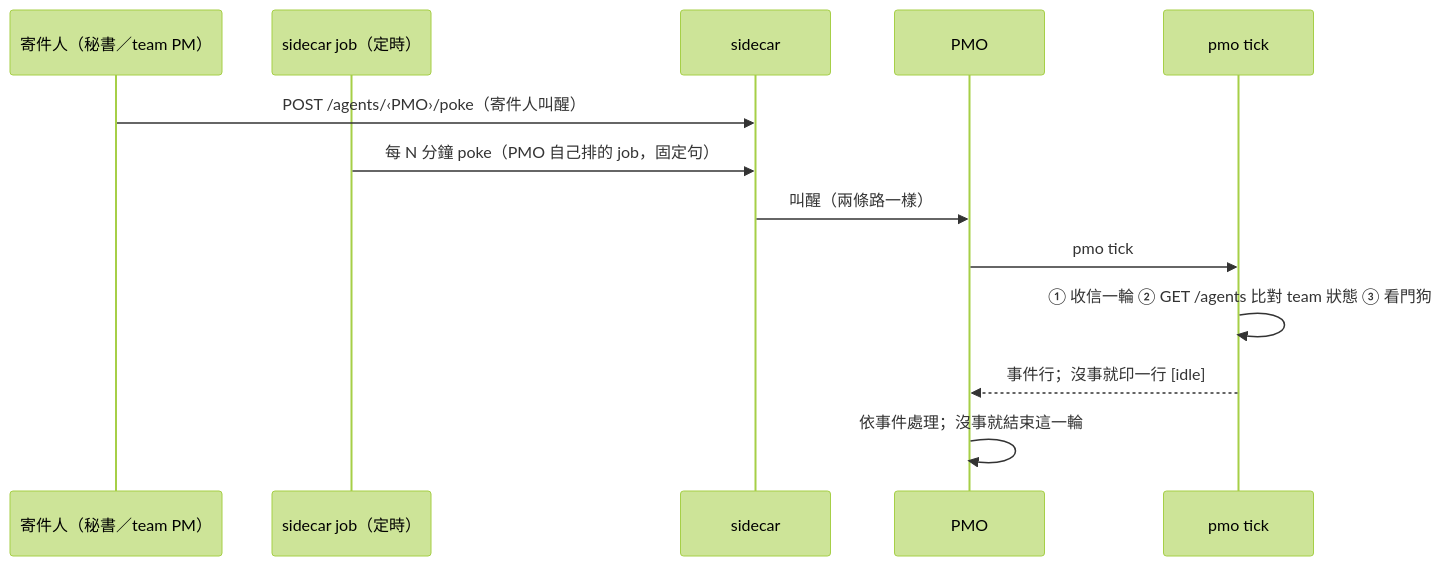
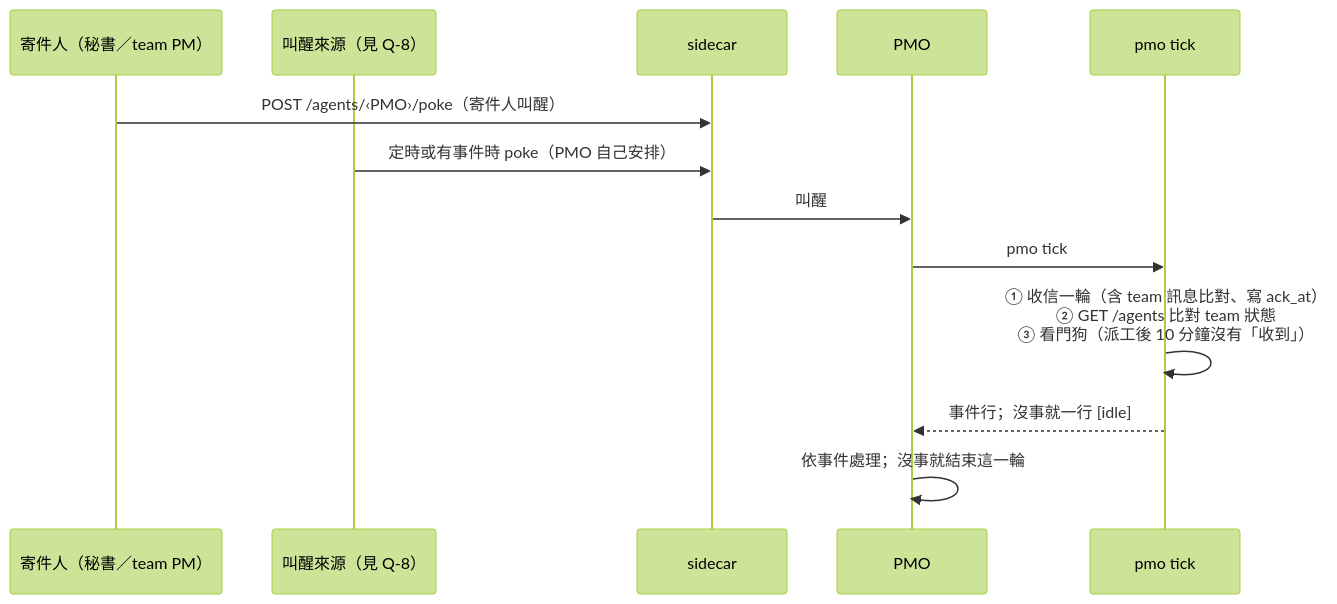
The third of 5 diagrams in docs/design-notes/110-pmo-skill.md (FATESAIKOU/MyAiStorage), drawn with Mermaid (forest theme) before and after one commit. The commit also changed other lines of this file and 2 other files, not shown here.

````diff
--- a/docs/design-notes/110-pmo-skill.md
+++ b/docs/design-notes/110-pmo-skill.md
@@ -118,15 +138,15 @@
 ```mermaid
 sequenceDiagram
     participant X as 寄件人（秘書／team PM）
-    participant J as sidecar job（定時）
+    participant WK as 叫醒來源（見 Q-8）
     participant SC as sidecar
     participant P as PMO
     participant K as pmo tick
     X->>SC: POST /agents/‹PMO›/poke（寄件人叫醒）
-    J->>SC: 每 N 分鐘 poke（PMO 自己排的 job，固定句）
-    SC->>P: 叫醒（兩條路一樣）
+    WK->>SC: 定時或有事件時 poke（PMO 自己安排）
+    SC->>P: 叫醒
     P->>K: pmo tick
-    K->>K: ① 收信一輪 ② GET /agents 比對 team 狀態 ③ 看門狗
-    K-->>P: 事件行；沒事就印一行 [idle]
+    K->>K: ① 收信一輪（含 team 訊息比對、寫 ack_at）<br/>② GET /agents 比對 team 狀態<br/>③ 看門狗（派工後 10 分鐘沒有「收到」）
+    K-->>P: 事件行；沒事就一行 [idle]
     P->>P: 依事件處理；沒事就結束這一輪
 ```
````
